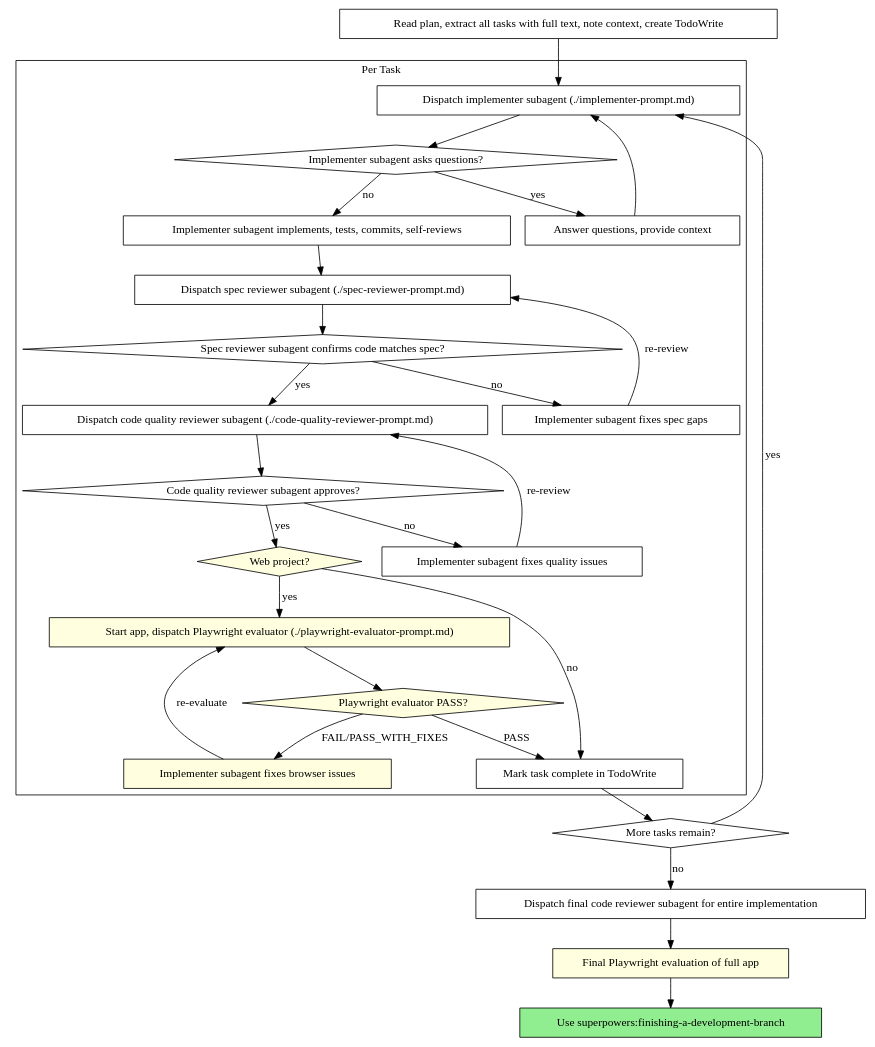
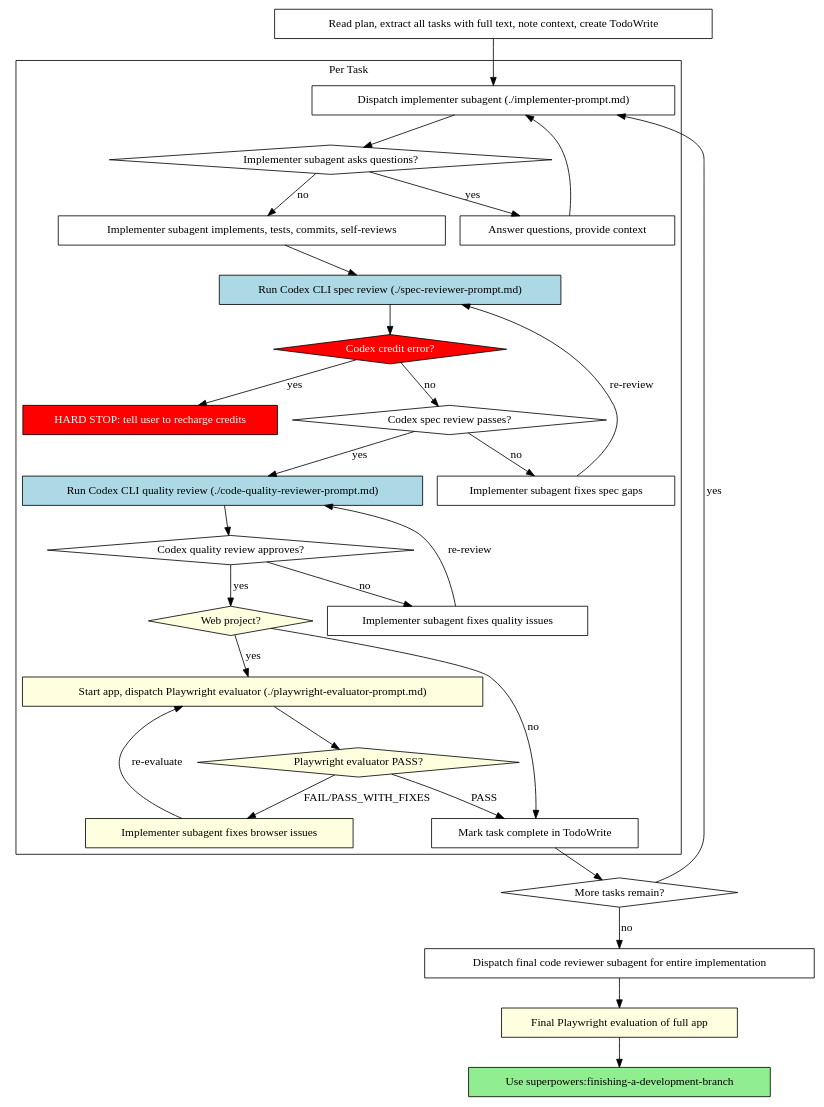
Before and after one commit to cateyelow/superpowers-custom: the second of 2 diagrams in skills/subagent-driven-development/SKILL.md, drawn with Graphviz. The commit also changed other lines of this file and 2 other files, not shown here.

First line of the commit message:
Switch Evaluator to Codex CLI (GPT) with hard stop on credit exhaustion

````diff
--- a/skills/subagent-driven-development/SKILL.md
+++ b/skills/subagent-driven-development/SKILL.md
@@ -44,56 +46,60 @@
 ```dot
 digraph process {
     rankdir=TB;
 
     subgraph cluster_per_task {
         label="Per Task";
         "Dispatch implementer subagent (./implementer-prompt.md)" [shape=box];
         "Implementer subagent asks questions?" [shape=diamond];
         "Answer questions, provide context" [shape=box];
         "Implementer subagent implements, tests, commits, self-reviews" [shape=box];
-        "Dispatch spec reviewer subagent (./spec-reviewer-prompt.md)" [shape=box];
-        "Spec reviewer subagent confirms code matches spec?" [shape=diamond];
+        "Run Codex CLI spec review (./spec-reviewer-prompt.md)" [shape=box style=filled fillcolor=lightblue];
+        "Codex spec review passes?" [shape=diamond];
+        "Codex credit error?" [shape=diamond style=filled fillcolor=red fontcolor=white];
+        "HARD STOP: tell user to recharge credits" [shape=box style=filled fillcolor=red fontcolor=white];
         "Implementer subagent fixes spec gaps" [shape=box];
-        "Dispatch code quality reviewer subagent (./code-quality-reviewer-prompt.md)" [shape=box];
-        "Code quality reviewer subagent approves?" [shape=diamond];
+        "Run Codex CLI quality review (./code-quality-reviewer-prompt.md)" [shape=box style=filled fillcolor=lightblue];
+        "Codex quality review approves?" [shape=diamond];
         "Implementer subagent fixes quality issues" [shape=box];
         "Web project?" [shape=diamond style=filled fillcolor=lightyellow];
         "Start app, dispatch Playwright evaluator (./playwright-evaluator-prompt.md)" [shape=box style=filled fillcolor=lightyellow];
         "Playwright evaluator PASS?" [shape=diamond style=filled fillcolor=lightyellow];
         "Implementer subagent fixes browser issues" [shape=box style=filled fillcolor=lightyellow];
         "Mark task complete in TodoWrite" [shape=box];
     }
 
     "Read plan, extract all tasks with full text, note context, create TodoWrite" [shape=box];
     "More tasks remain?" [shape=diamond];
     "Dispatch final code reviewer subagent for entire implementation" [shape=box];
     "Final Playwright evaluation of full app" [shape=box style=filled fillcolor=lightyellow];
     "Use superpowers:finishing-a-development-branch" [shape=box style=filled fillcolor=lightgreen];
 
     "Read plan, extract all tasks with full text, note context, create TodoWrite" -> "Dispatch implementer subagent (./implementer-prompt.md)";
     "Dispatch implementer subagent (./implementer-prompt.md)" -> "Implementer subagent asks questions?";
     "Implementer subagent asks questions?" -> "Answer questions, provide context" [label="yes"];
     "Answer questions, provide context" -> "Dispatch implementer subagent (./implementer-prompt.md)";
     "Implementer subagent asks questions?" -> "Implementer subagent implements, tests, commits, self-reviews" [label="no"];
-    "Implementer subagent implements, tests, commits, self-reviews" -> "Dispatch spec reviewer subagent (./spec-reviewer-prompt.md)";
-    "Dispatch spec reviewer subagent (./spec-reviewer-prompt.md)" -> "Spec reviewer subagent confirms code matches spec?";
-    "Spec reviewer subagent confirms code matches spec?" -> "Implementer subagent fixes spec gaps" [label="no"];
-    "Implementer subagent fixes spec gaps" -> "Dispatch spec reviewer subagent (./spec-reviewer-prompt.md)" [label="re-review"];
-    "Spec reviewer subagent confirms code matches spec?" -> "Dispatch code quality reviewer subagent (./code-quality-reviewer-prompt.md)" [label="yes"];
-    "Dispatch code quality reviewer subagent (./code-quality-reviewer-prompt.md)" -> "Code quality reviewer subagent approves?";
-    "Code quality reviewer subagent approves?" -> "Implementer subagent fixes quality issues" [label="no"];
-    "Implementer subagent fixes quality issues" -> "Dispatch code quality reviewer subagent (./code-quality-reviewer-prompt.md)" [label="re-review"];
-    "Code quality reviewer subagent approves?" -> "Web project?" [label="yes"];
+    "Implementer subagent implements, tests, commits, self-reviews" -> "Run Codex CLI spec review (./spec-reviewer-prompt.md)";
+    "Run Codex CLI spec review (./spec-reviewer-prompt.md)" -> "Codex credit error?";
+    "Codex credit error?" -> "HARD STOP: tell user to recharge credits" [label="yes"];
+    "Codex credit error?" -> "Codex spec review passes?" [label="no"];
+    "Codex spec review passes?" -> "Implementer subagent fixes spec gaps" [label="no"];
+    "Implementer subagent fixes spec gaps" -> "Run Codex CLI spec review (./spec-reviewer-prompt.md)" [label="re-review"];
+    "Codex spec review passes?" -> "Run Codex CLI quality review (./code-quality-reviewer-prompt.md)" [label="yes"];
+    "Run Codex CLI quality review (./code-quality-reviewer-prompt.md)" -> "Codex quality review approves?";
+    "Codex quality review approves?" -> "Implementer subagent fixes quality issues" [label="no"];
+    "Implementer subagent fixes quality issues" -> "Run Codex CLI quality review (./code-quality-reviewer-prompt.md)" [label="re-review"];
+    "Codex quality review approves?" -> "Web project?" [label="yes"];
     "Web project?" -> "Start app, dispatch Playwright evaluator (./playwright-evaluator-prompt.md)" [label="yes"];
     "Web project?" -> "Mark task complete in TodoWrite" [label="no"];
     "Start app, dispatch Playwright evaluator (./playwright-evaluator-prompt.md)" -> "Playwright evaluator PASS?";
     "Playwright evaluator PASS?" -> "Mark task complete in TodoWrite" [label="PASS"];
     "Playwright evaluator PASS?" -> "Implementer subagent fixes browser issues" [label="FAIL/PASS_WITH_FIXES"];
     "Implementer subagent fixes browser issues" -> "Start app, dispatch Playwright evaluator (./playwright-evaluator-prompt.md)" [label="re-evaluate"];
     "Mark task complete in TodoWrite" -> "More tasks remain?";
     "More tasks remain?" -> "Dispatch implementer subagent (./implementer-prompt.md)" [label="yes"];
     "More tasks remain?" -> "Dispatch final code reviewer subagent for entire implementation" [label="no"];
     "Dispatch final code reviewer subagent for entire implementation" -> "Final Playwright evaluation of full app";
     "Final Playwright evaluation of full app" -> "Use superpowers:finishing-a-development-branch";
 }
 ```
````
